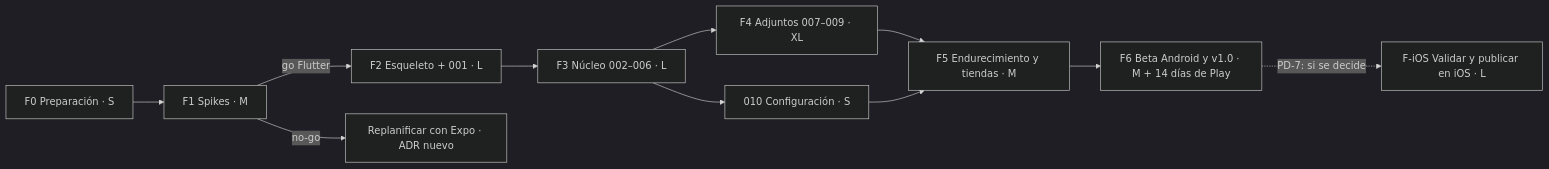
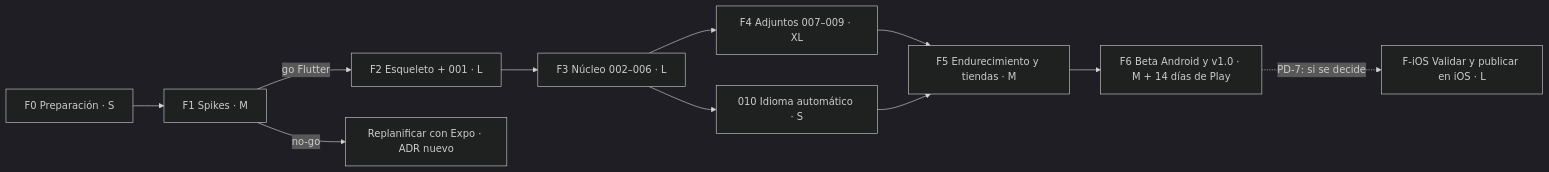
Before and after one commit to svallev/una: the diagram in docs/PLAN.md, drawn with Mermaid (dark theme). The commit also changed other lines of this file and 33 other files, not shown here.

First line of the commit message:
feat(010): idioma automático (#18)

````diff
--- a/docs/PLAN.md
+++ b/docs/PLAN.md
@@ -39,13 +39,13 @@
 ```mermaid
 flowchart LR
   F0[F0 Preparación · S] --> F1[F1 Spikes · M]
   F1 -->|go Flutter| F2[F2 Esqueleto + 001 · L]
   F1 -->|no-go| ALT[Replanificar con Expo · ADR nuevo]
   F2 --> F3[F3 Núcleo 002–006 · L]
   F3 --> F4[F4 Adjuntos 007–009 · XL]
-  F3 --> F5a[010 Configuración · S]
+  F3 --> F5a[010 Idioma automático · S]
   F4 --> F5[F5 Endurecimiento y tiendas · M]
   F5a --> F5
   F5 --> F6[F6 Beta Android y v1.0 · M + 14 días de Play]
   F6 -.->|PD-7: si se decide| FI[F-iOS Validar y publicar en iOS · L]
 ```
````
